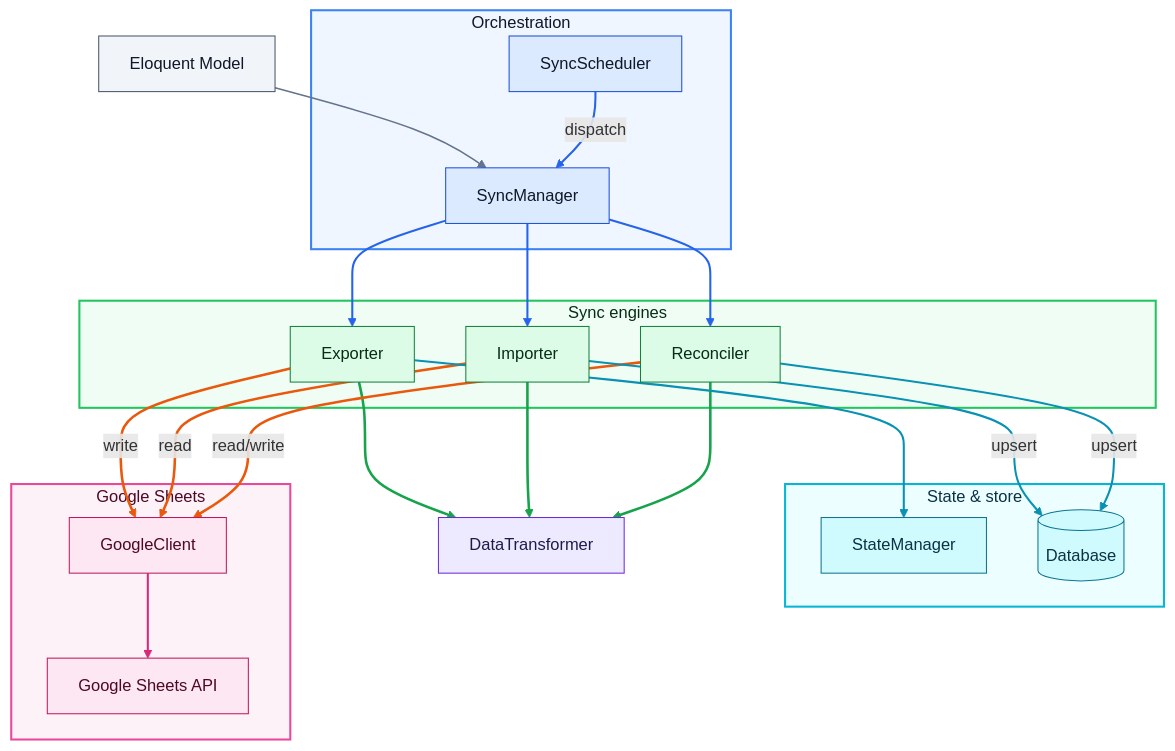
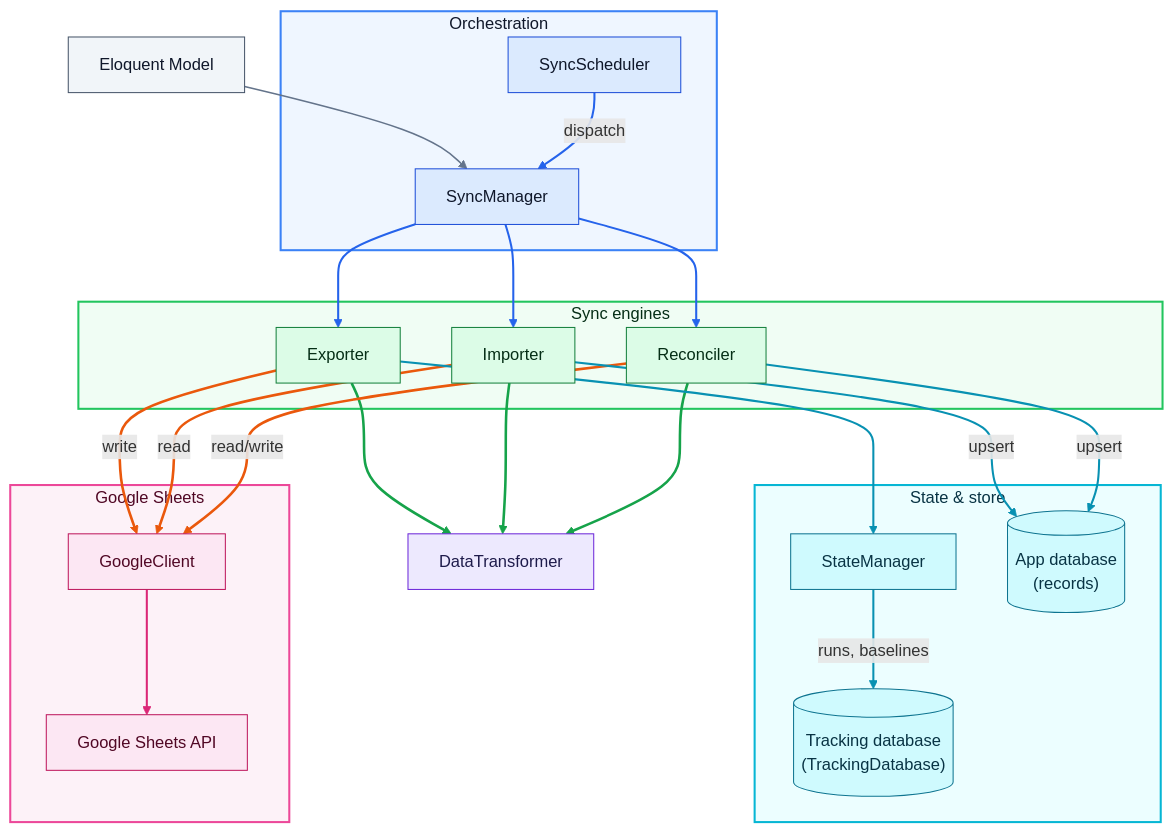
One commit to ultra-bugs/syncro-sheet changed the first of 4 diagrams in docs/COMPONENTS_OVERVIEW.md. Above: the diagram before and after it, drawn with Mermaid. The commit also changed other lines of this file and 11 other files, not shown here.

````diff
--- a/docs/COMPONENTS_OVERVIEW.md
+++ b/docs/COMPONENTS_OVERVIEW.md
@@ -293,69 +309,72 @@
 ```mermaid
 graph TB
     MDL["Eloquent Model"]
     DT["DataTransformer"]
     subgraph Orchestration["Orchestration"]
         SM["SyncManager"]
         SCH["SyncScheduler"]
     end
     subgraph Engines["Sync engines"]
         EXP["Exporter"]
         IMP["Importer"]
         REC["Reconciler"]
     end
     subgraph StateGrp["State & store"]
         STM["StateManager"]
-        DB[("Database")]
+        DB[("App database<br/>(records)")]
+        TDB[("Tracking database<br/>(TrackingDatabase)")]
     end
     subgraph Ext["Google Sheets"]
         GC["GoogleClient"]
         API["Google Sheets API"]
     end
 
     %% 0 input (slate)
     MDL --> SM
     %% 1 schedule (blue)
     SCH -- "dispatch" --> SM
     %% 2-4 orchestrate engines (blue)
     SM --> EXP
     SM --> IMP
     SM --> REC
     %% 5-7 value codec (green)
     EXP --> DT
     IMP --> DT
     REC --> DT
     %% 8-10 sheet I/O (orange)
     EXP -- "write" --> GC
     IMP -- "read" --> GC
     REC -- "read/write" --> GC
     %% 11 external (pink)
     GC --> API
     %% 12 record state (cyan)
     EXP --> STM
     %% 13-14 upsert DB (cyan)
     IMP -- "upsert" --> DB
     REC -- "upsert" --> DB
+    %% 15 tracking tables (cyan)
+    STM -- "runs, baselines" --> TDB
 
     classDef orch fill:#dbeafe,stroke:#1d4ed8,color:#0f172a
     classDef engine fill:#dcfce7,stroke:#15803d,color:#052e16
     classDef codec fill:#ede9fe,stroke:#6d28d9,color:#1e1b4b
     classDef store fill:#cffafe,stroke:#0e7490,color:#083344
     classDef ext fill:#fce7f3,stroke:#be185d,color:#500724
     classDef input fill:#f1f5f9,stroke:#475569,color:#0f172a
     class SM,SCH orch
     class EXP,IMP,REC engine
     class DT codec
-    class STM,DB store
+    class STM,DB,TDB store
     class GC,API ext
     class MDL input
     style Orchestration fill:#eff6ff,stroke:#3b82f6,stroke-width:2px,color:#0f172a
     style Engines fill:#f0fdf4,stroke:#22c55e,stroke-width:2px,color:#052e16
     style StateGrp fill:#ecfeff,stroke:#06b6d4,stroke-width:2px,color:#083344
     style Ext fill:#fdf2f8,stroke:#ec4899,stroke-width:2px,color:#500724
     linkStyle 0 stroke:#64748b,stroke-width:1.5px
     linkStyle 1,2,3,4 stroke:#2563eb,stroke-width:2px
     linkStyle 5,6,7 stroke:#16a34a,stroke-width:2.5px
     linkStyle 8,9,10 stroke:#ea580c,stroke-width:2.5px
     linkStyle 11 stroke:#db2777,stroke-width:2px
-    linkStyle 12,13,14 stroke:#0891b2,stroke-width:2px
+    linkStyle 12,13,14,15 stroke:#0891b2,stroke-width:2px
 ```
````
